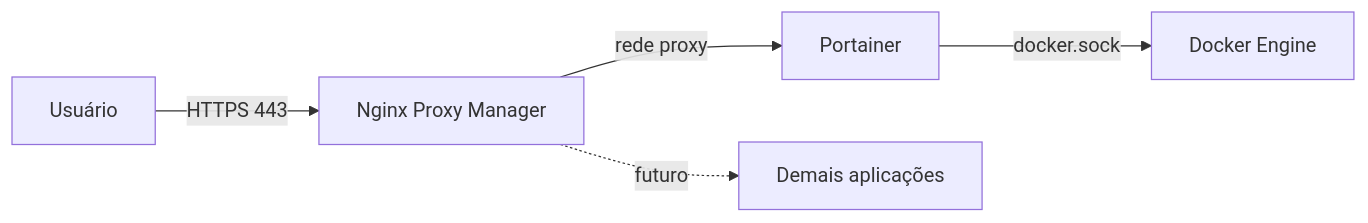
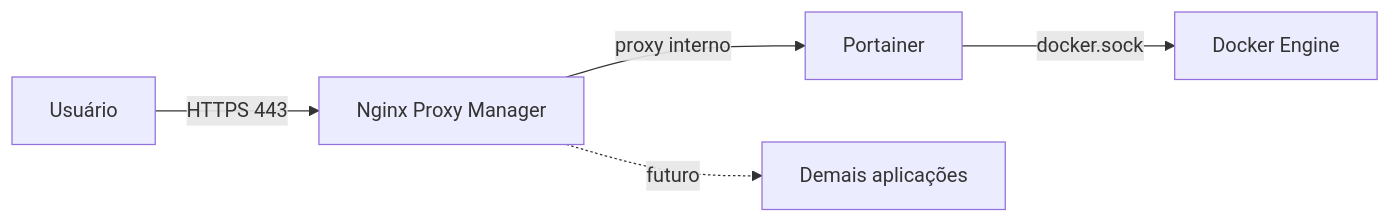
The diagram in README.md (RaiAlmeida23/docker-platform-base), drawn with Mermaid before and after one commit. The commit also changed other lines of this file, not shown here.

````diff
--- a/README.md
+++ b/README.md
@@ -11,7 +13,7 @@
 ```mermaid
 flowchart LR
     U[Usuário] -->|HTTPS 443| NPM[Nginx Proxy Manager]
-    NPM -->|rede proxy| P[Portainer]
+    NPM -->|proxy interno| P[Portainer]
     NPM -.->|futuro| A[Demais aplicações]
     P -->|docker.sock| D[Docker Engine]
 ```
````
